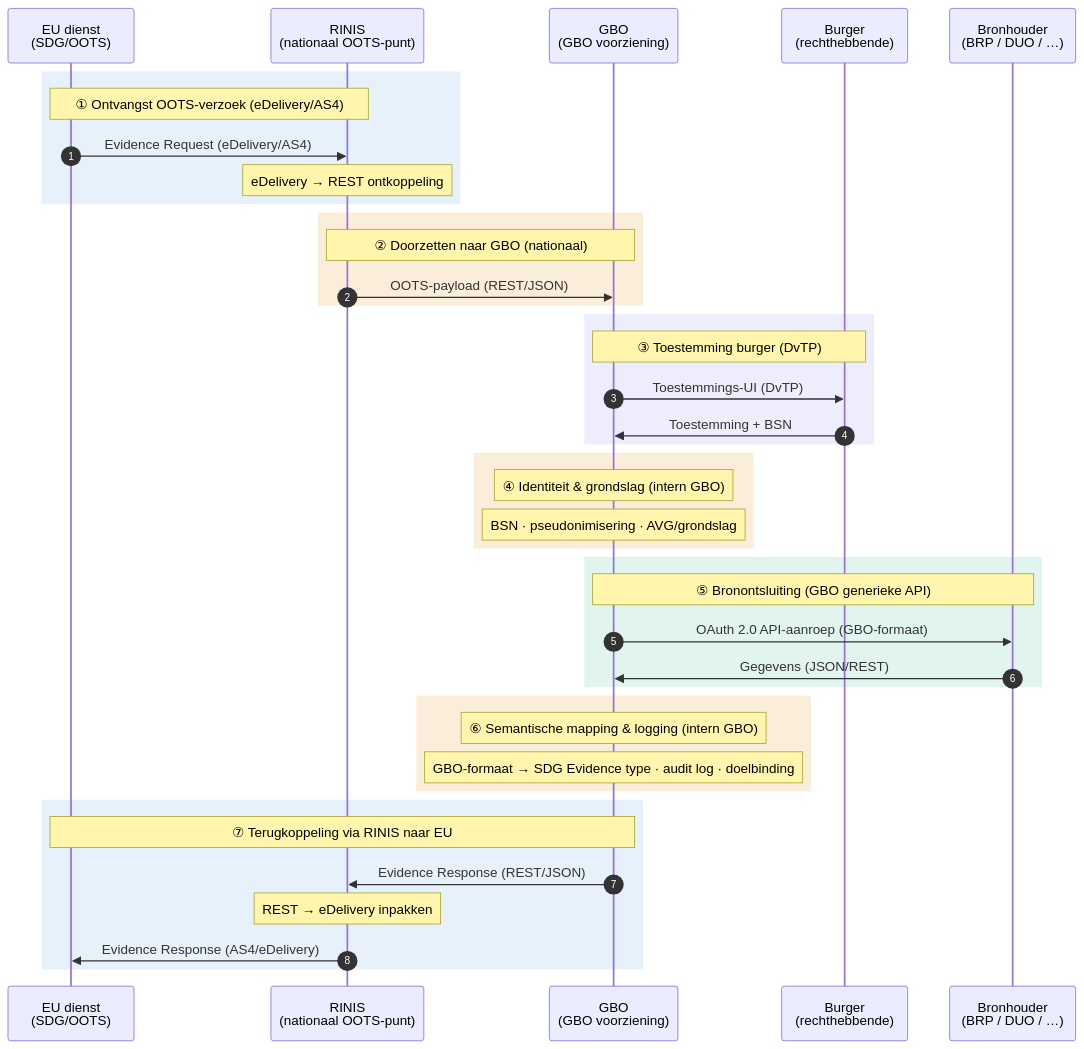
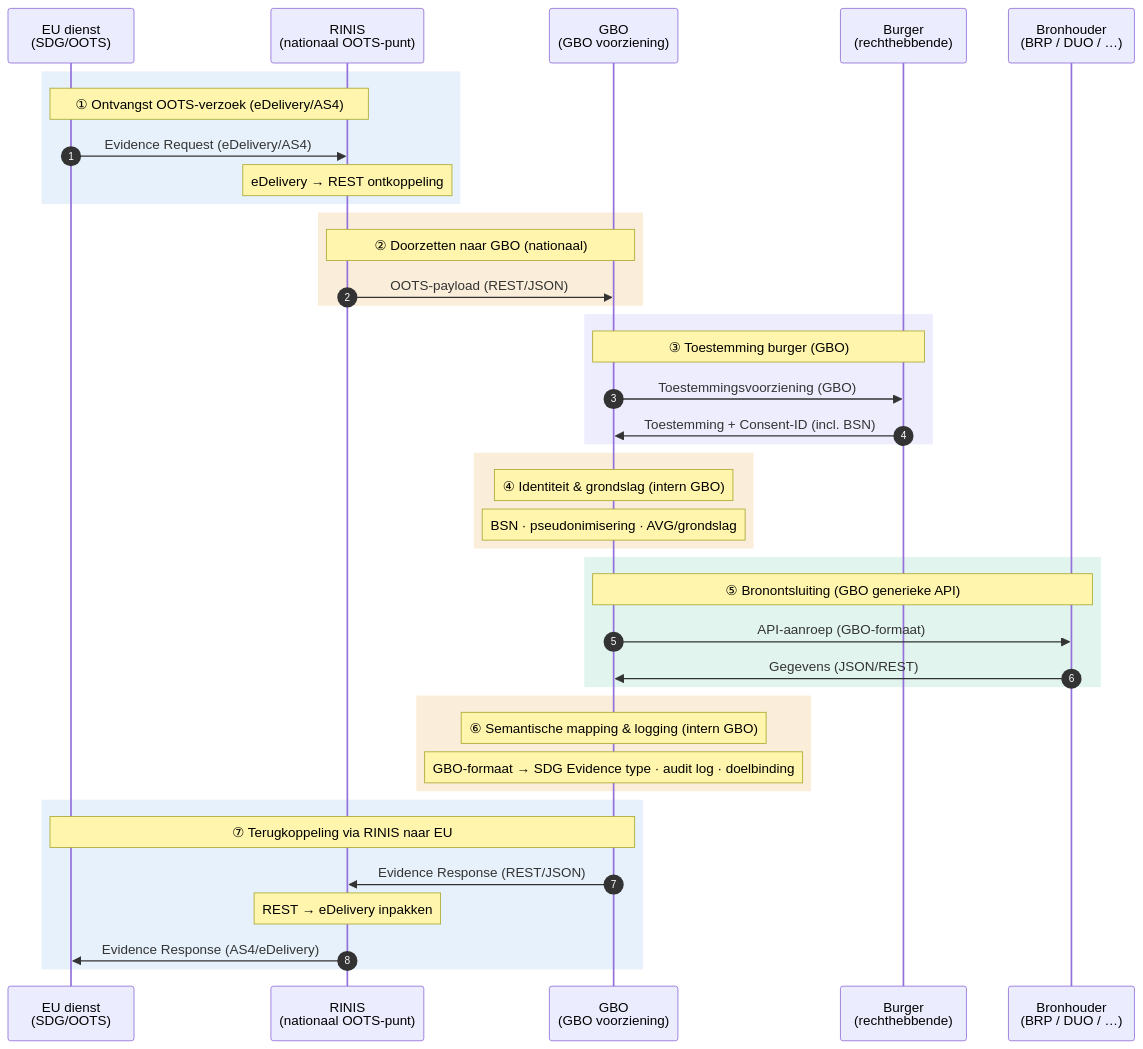
One commit to ICTU/GBO changed the diagram in docs/diagrammen/interactiepatroon-SDG-OOTS-verzoek.mmd. Above: the diagram before and after it, drawn with Mermaid.

````diff
--- a/docs/diagrammen/interactiepatroon-SDG-OOTS-verzoek.mmd
+++ b/docs/diagrammen/interactiepatroon-SDG-OOTS-verzoek.mmd
@@ -3,51 +3,51 @@
 ``` mermaid
 
 sequenceDiagram
     autonumber
     participant EU as EU dienst<br/>(SDG/OOTS)
     participant RINIS as RINIS<br/>(nationaal OOTS-punt)
     participant GBO as GBO<br/>(GBO voorziening)
     participant BRG as Burger<br/>(rechthebbende)
     participant BRH as Bronhouder<br/>(BRP / DUO / …)
 
     rect rgb(230, 241, 251)
         Note over EU,RINIS: ① Ontvangst OOTS-verzoek (eDelivery/AS4)
         EU->>RINIS: Evidence Request (eDelivery/AS4)
         Note over RINIS: eDelivery → REST ontkoppeling
     end
 
     rect rgb(250, 238, 218)
         Note over RINIS,GBO: ② Doorzetten naar GBO (nationaal)
         RINIS->>GBO: OOTS-payload (REST/JSON)
     end
 
     rect rgb(238, 237, 254)
-        Note over GBO,BRG: ③ Toestemming burger (DvTP)
-        GBO->>BRG: Toestemmings-UI (DvTP)
-        BRG->>GBO: Toestemming + BSN
+        Note over GBO,BRG: ③ Toestemming burger (GBO)
+        GBO->>BRG: Toestemmingsvoorziening (GBO)
+        BRG->>GBO: Toestemming + Consent-ID (incl. BSN)
     end
 
     rect rgb(250, 238, 218)
         Note over GBO: ④ Identiteit & grondslag (intern GBO)
         Note over GBO: BSN · pseudonimisering · AVG/grondslag
     end
 
     rect rgb(225, 245, 238)
         Note over GBO,BRH: ⑤ Bronontsluiting (GBO generieke API)
-        GBO->>BRH: OAuth 2.0 API-aanroep (GBO-formaat)
+        GBO->>BRH: API-aanroep (GBO-formaat)
         BRH->>GBO: Gegevens (JSON/REST)
     end
 
     rect rgb(250, 238, 218)
         Note over GBO: ⑥ Semantische mapping & logging (intern GBO)
         Note over GBO: GBO-formaat → SDG Evidence type · audit log · doelbinding
     end
 
     rect rgb(230, 241, 251)
         Note over GBO,EU: ⑦ Terugkoppeling via RINIS naar EU
         GBO->>RINIS: Evidence Response (REST/JSON)
         Note over RINIS: REST → eDelivery inpakken
         RINIS->>EU: Evidence Response (AS4/eDelivery)
     end
 
 ```
````
